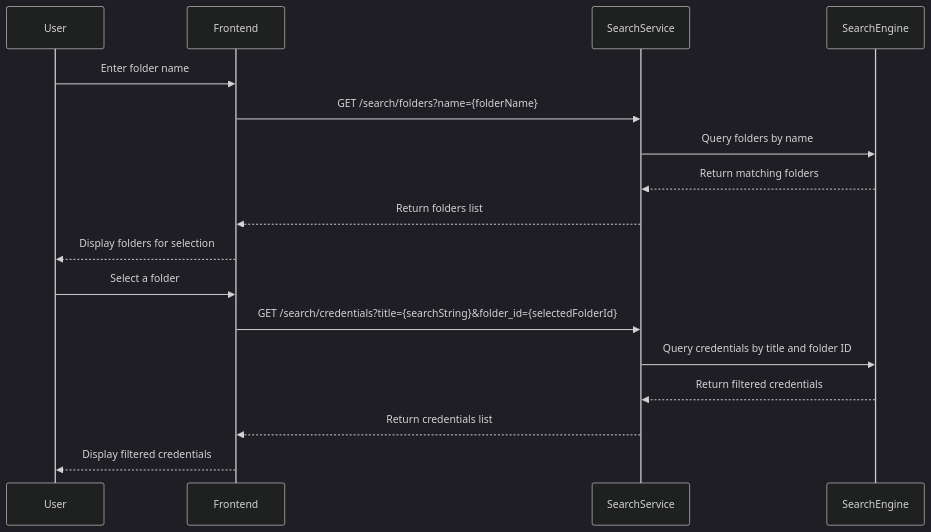
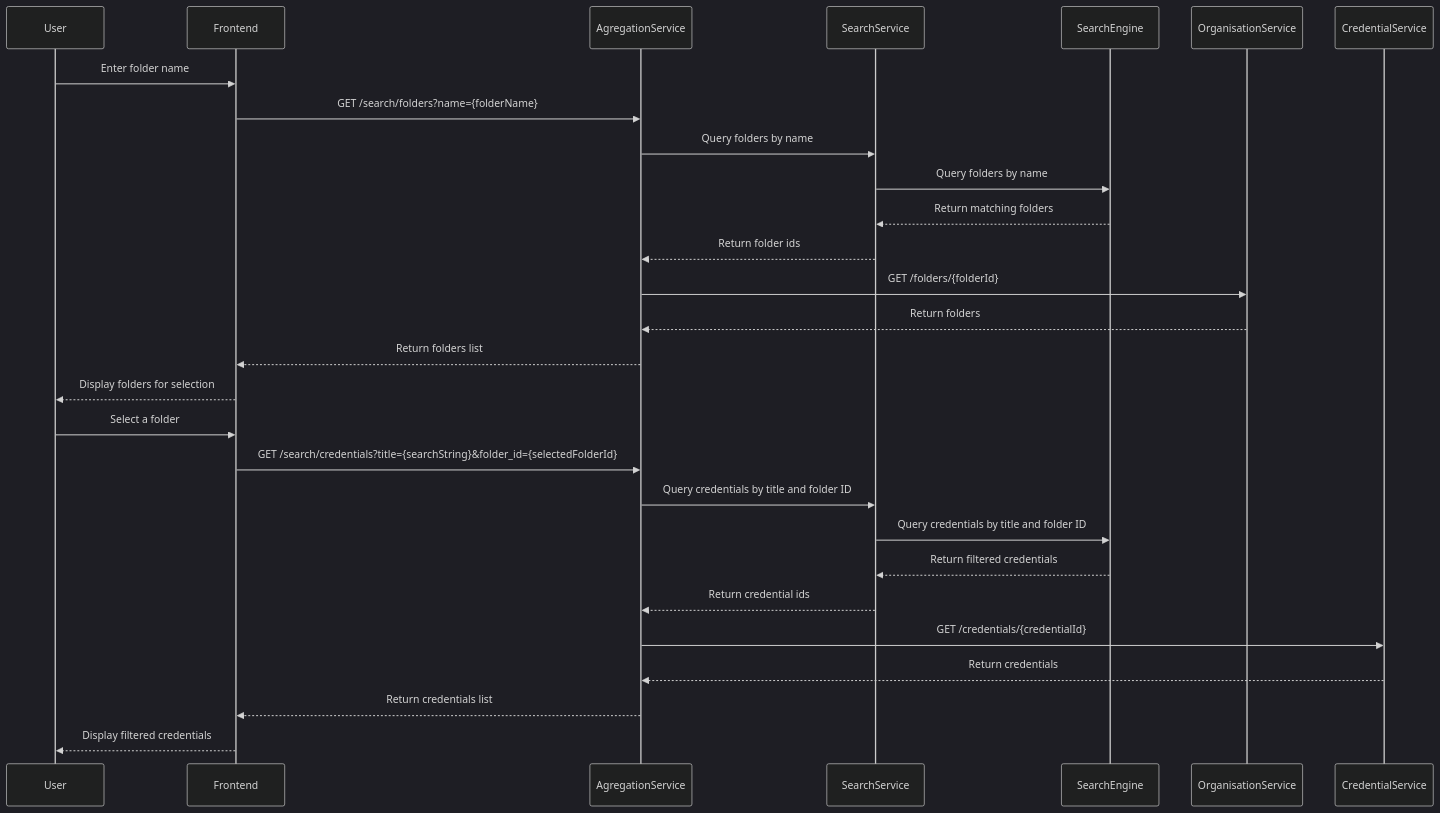
The fourth of 5 diagrams in src/drafts/search.adoc (DO-2K23-26/polypass-archi-technique), drawn with Mermaid (dark theme) before and after one commit. The commit also changed other lines of this file, not shown here.

Commit message:
feat: add search api docs

```diff
--- a/src/drafts/search.adoc
+++ b/src/drafts/search.adoc
@@ -303,21 +318,32 @@
 [mermaid]
 ----
 sequenceDiagram
     participant User
     participant Frontend
+    participant AgregationService
     participant SearchService
     participant SearchEngine
+    participant OrganisationService
+    participant CredentialService
 
     User->>Frontend: Enter folder name
-    Frontend->>SearchService: GET /search/folders?name={folderName}
+    Frontend->>AgregationService: GET /search/folders?name={folderName}
+    AgregationService->>SearchService: Query folders by name
     SearchService->>SearchEngine: Query folders by name
     SearchEngine-->>SearchService: Return matching folders
-    SearchService-->>Frontend: Return folders list
+    SearchService-->>AgregationService: Return folder ids
+    AgregationService->>OrganisationService: GET /folders/{folderId}
+    OrganisationService-->>AgregationService: Return folders
+    AgregationService-->>Frontend: Return folders list
     Frontend-->>User: Display folders for selection
     User->>Frontend: Select a folder
-    Frontend->>SearchService: GET /search/credentials?title={searchString}&folder_id={selectedFolderId}
+    Frontend->>AgregationService: GET /search/credentials?title={searchString}&folder_id={selectedFolderId}
+    AgregationService->>SearchService: Query credentials by title and folder ID
     SearchService->>SearchEngine: Query credentials by title and folder ID
     SearchEngine-->>SearchService: Return filtered credentials
-    SearchService-->>Frontend: Return credentials list
+    SearchService-->>AgregationService: Return credential ids
+    AgregationService->>CredentialService: GET /credentials/{credentialId}
+    CredentialService-->>AgregationService: Return credentials
+    AgregationService-->>Frontend: Return credentials list
     Frontend-->>User: Display filtered credentials
 ----
```
